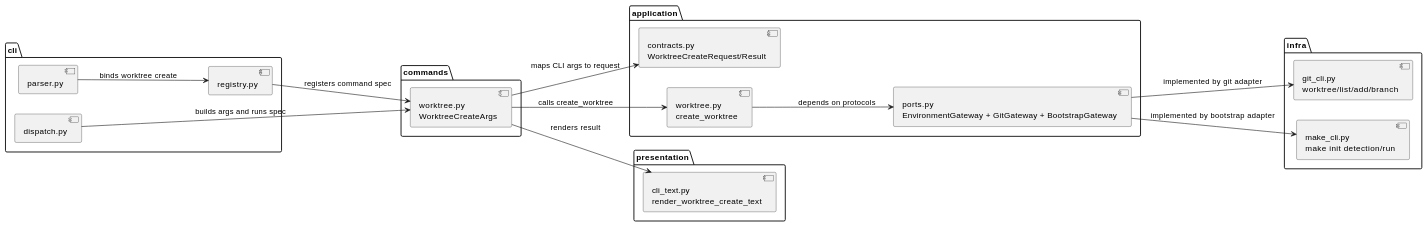
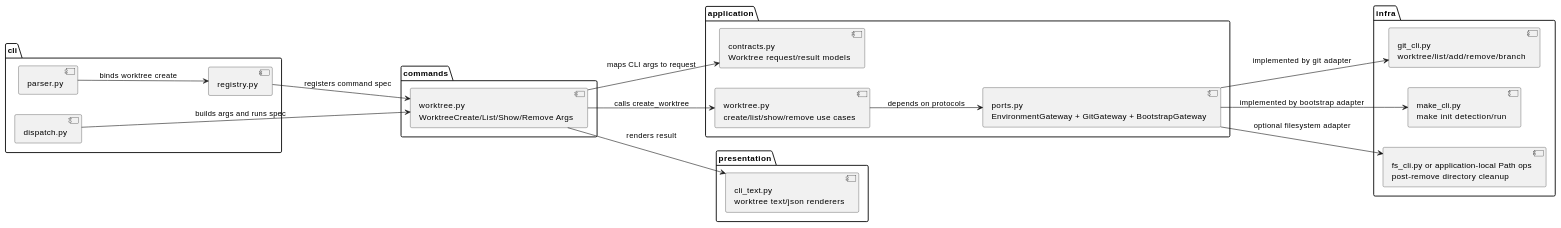
One commit to chemitaro/spec-dock changed the first of 4 diagrams in spec-dock/initiatives/init-local-00002-prototype-feature-expansion/epics/epic-00107-worktree-provisioning/design.md. Above: the diagram before and after it, drawn with PlantUML. The commit also changed other lines of this file and 20 other files, not shown here.

````diff
--- a/spec-dock/initiatives/init-local-00002-prototype-feature-expansion/epics/epic-00107-worktree-provisioning/design.md
+++ b/spec-dock/initiatives/init-local-00002-prototype-feature-expansion/epics/epic-00107-worktree-provisioning/design.md
@@ -50,41 +55,43 @@
 ```plantuml
 @startuml
 skinparam monochrome true
 left to right direction
 
 package "cli" {
   [parser.py] as Parser
   [registry.py] as Registry
   [dispatch.py] as Dispatch
 }
 
 package "commands" {
-  [worktree.py\nWorktreeCreateArgs] as Command
+  [worktree.py\nWorktreeCreate/List/Show/Remove Args] as Command
 }
 
 package "application" {
-  [contracts.py\nWorktreeCreateRequest/Result] as Contracts
-  [worktree.py\ncreate_worktree] as UseCase
+  [contracts.py\nWorktree request/result models] as Contracts
+  [worktree.py\ncreate/list/show/remove use cases] as UseCase
   [ports.py\nEnvironmentGateway + GitGateway + BootstrapGateway] as Ports
 }
 
 package "infra" {
-  [git_cli.py\nworktree/list/add/branch] as GitCli
+  [git_cli.py\nworktree/list/add/remove/branch] as GitCli
   [make_cli.py\nmake init detection/run] as MakeCli
+  [fs_cli.py or application-local Path ops\npost-remove directory cleanup] as FsCli
 }
 
 package "presentation" {
-  [cli_text.py\nrender_worktree_create_text] as Presentation
+  [cli_text.py\nworktree text/json renderers] as Presentation
 }
 
 Parser --> Registry : binds worktree create
 Registry --> Command : registers command spec
 Dispatch --> Command : builds args and runs spec
 Command --> Contracts : maps CLI args to request
 Command --> UseCase : calls create_worktree
 UseCase --> Ports : depends on protocols
 Ports --> GitCli : implemented by git adapter
 Ports --> MakeCli : implemented by bootstrap adapter
+Ports --> FsCli : optional filesystem adapter
 Command --> Presentation : renders result
 @enduml
 ```
````
